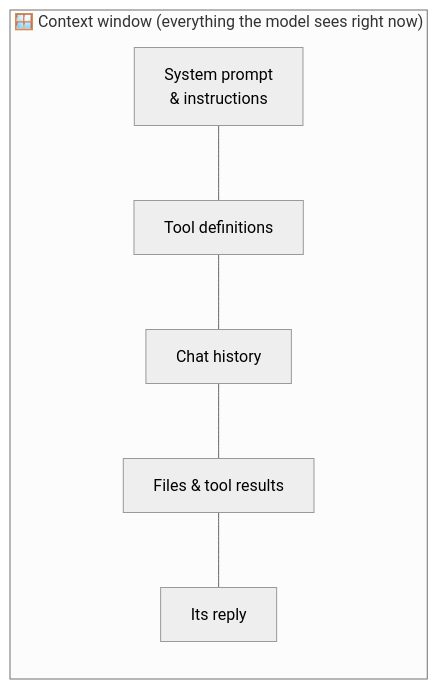
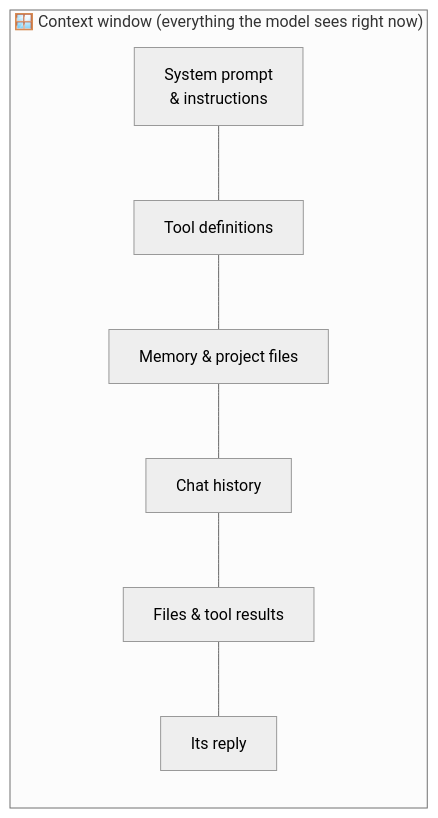
Before and after one commit to Axmann8/AI_For_Advanced_Beginners: the diagram in manual/part-1-foundations/02-how-models-really-work.md, drawn with Mermaid (neutral theme). The commit also changed other lines of this file and 120 other files, not shown here.

````diff
--- a/manual/part-1-foundations/02-how-models-really-work.md
+++ b/manual/part-1-foundations/02-how-models-really-work.md
@@ -32,6 +81,6 @@
 ```mermaid
 flowchart LR
     subgraph CW["🪟 Context window (everything the model sees right now)"]
-        S[System prompt<br/>& instructions] --- T[Tool definitions] --- H[Chat history] --- F[Files & tool results] --- R[Its reply]
+        S[System prompt<br/>& instructions] --- T[Tool definitions] --- M[Memory & project files] --- H[Chat history] --- F[Files & tool results] --- R[Its reply]
     end
 ```
````
